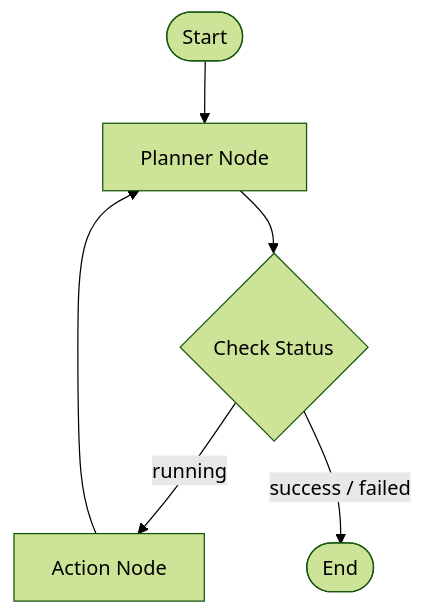
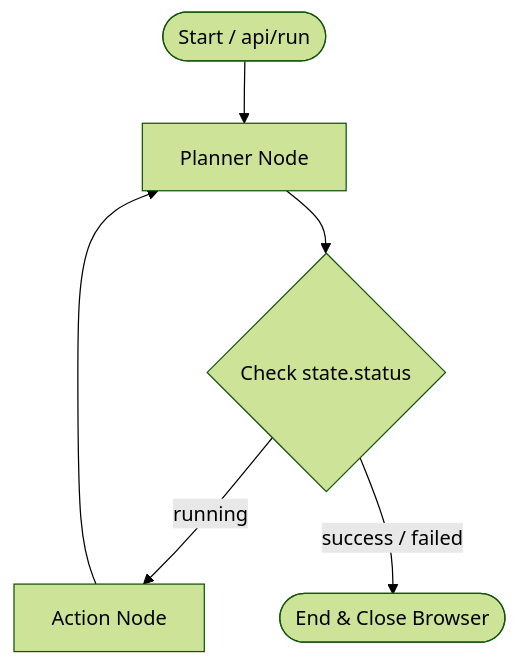
One commit to Aryan-Bhendarkar/Agentic_Web_Navigator changed the diagram in ARCHITECTURE.md. Above: the diagram before and after it, drawn with Mermaid (forest theme). The commit also changed other lines of this file and 1 other file, not shown here.

Commit message:
updated readme and architecture with technical details

````diff
--- a/ARCHITECTURE.md
+++ b/ARCHITECTURE.md
@@ -11,8 +33,8 @@
 ```mermaid
 graph TD
-    START([Start]) --> PLANNER[Planner Node]
-    PLANNER --> ROUTER{Check Status}
+    START([Start / api/run]) --> PLANNER[Planner Node]
+    PLANNER --> ROUTER{Check state.status}
     ROUTER -- "running" --> ACTION[Action Node]
-    ROUTER -- "success / failed" --> END([End])
+    ROUTER -- "success / failed" --> END([End & Close Browser])
     ACTION --> PLANNER
 ```
````
